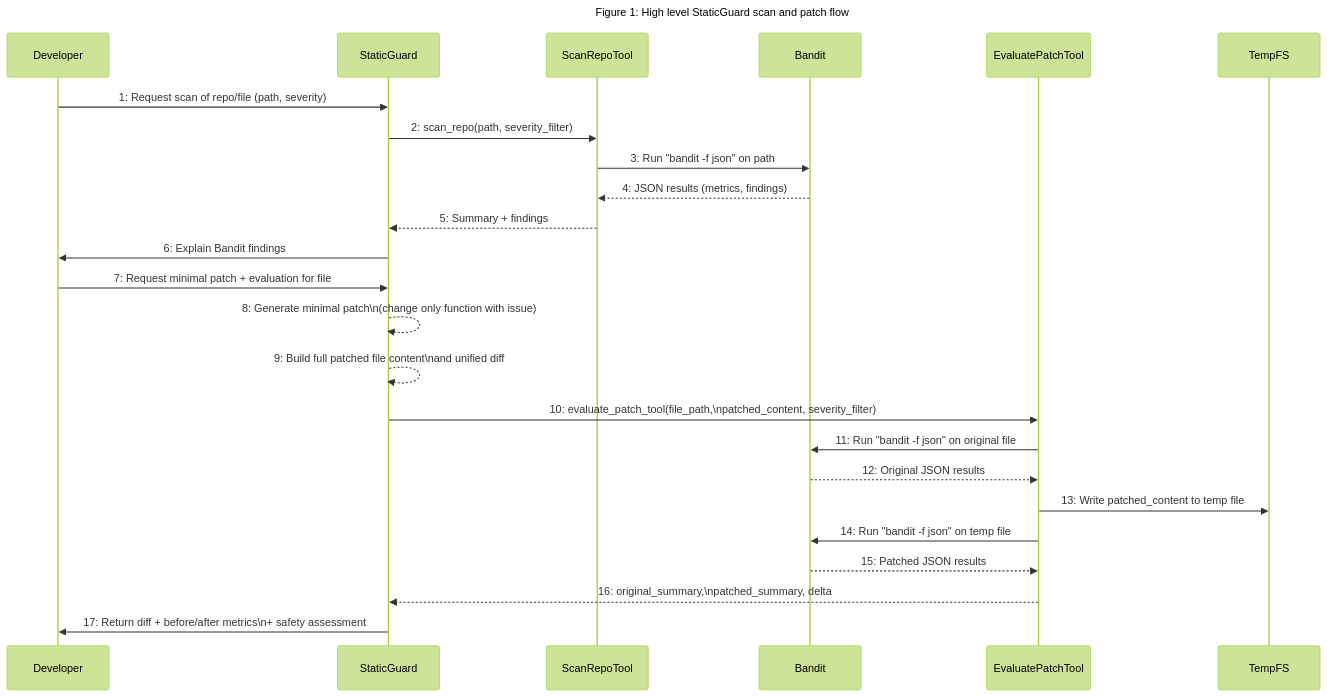
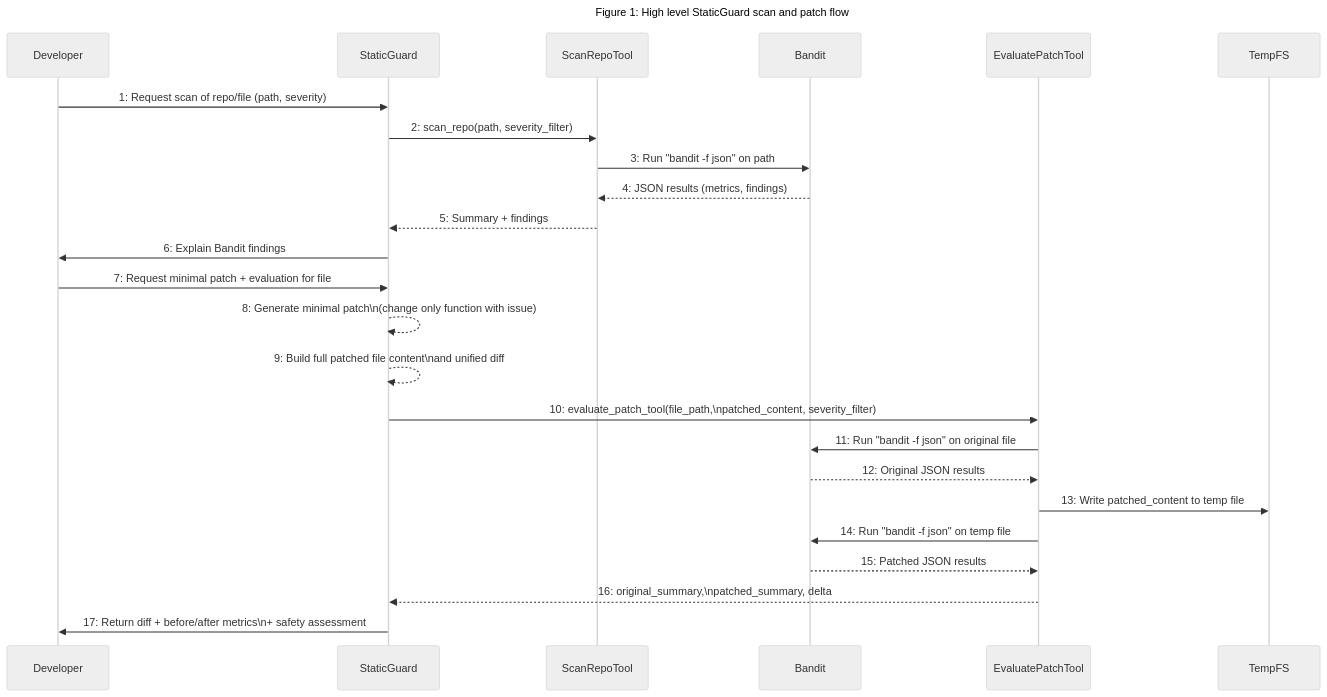
The diagram in README.md (AmjadKudsi/StatGuard_agent), drawn with Mermaid before and after one commit.

````diff
--- a/README.md
+++ b/README.md
@@ -5,32 +5,32 @@
 ```mermaid
-%%{init: {'theme': 'forest'}}%%
+%%{init: {'theme': 'neutral'}}%%
 sequenceDiagram
     title Figure 1: High level StaticGuard scan and patch flow
     participant Developer
     participant StaticGuard
     participant ScanRepoTool
     participant Bandit
     participant EvaluatePatchTool
     participant TempFS
 
     Developer->>StaticGuard: 1: Request scan of repo/file (path, severity)
     StaticGuard->>ScanRepoTool: 2: scan_repo(path, severity_filter)
     ScanRepoTool->>Bandit: 3: Run "bandit -f json" on path
     Bandit-->>ScanRepoTool: 4: JSON results (metrics, findings)
     ScanRepoTool-->>StaticGuard: 5: Summary + findings
     StaticGuard->>Developer: 6: Explain Bandit findings
 
     Developer->>StaticGuard: 7: Request minimal patch + evaluation for file
     StaticGuard-->>StaticGuard: 8: Generate minimal patch\n(change only function with issue)
     StaticGuard-->>StaticGuard: 9: Build full patched file content\nand unified diff
     StaticGuard->>EvaluatePatchTool: 10: evaluate_patch_tool(file_path,\npatched_content, severity_filter)
 
     EvaluatePatchTool->>Bandit: 11: Run "bandit -f json" on original file
     Bandit-->>EvaluatePatchTool: 12: Original JSON results
     EvaluatePatchTool->>TempFS: 13: Write patched_content to temp file
     EvaluatePatchTool->>Bandit: 14: Run "bandit -f json" on temp file
     Bandit-->>EvaluatePatchTool: 15: Patched JSON results
     EvaluatePatchTool-->>StaticGuard: 16: original_summary,\npatched_summary, delta
 
     StaticGuard->>Developer: 17: Return diff + before/after metrics\n+ safety assessment
 ```
````
